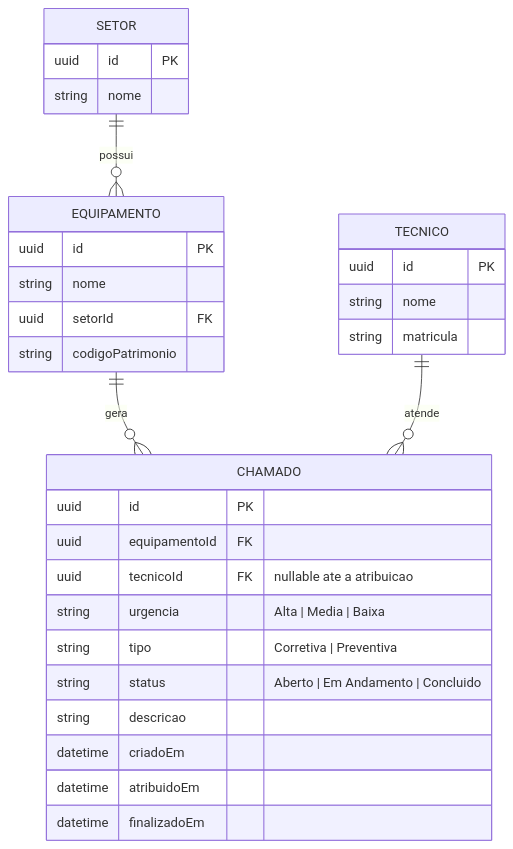
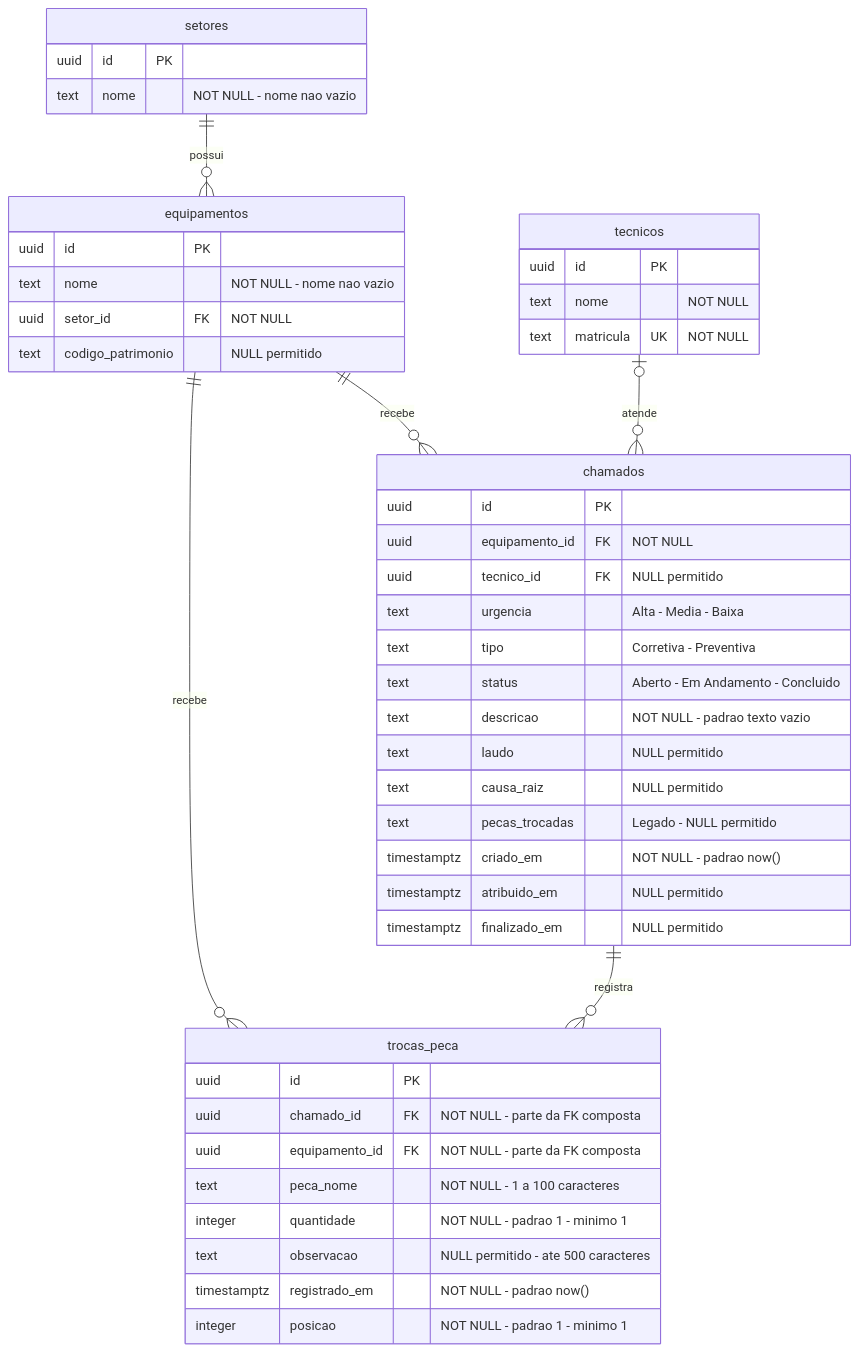
The diagram in docs/DER/DER.md (CapJao/Helpdesk-industria), drawn with Mermaid before and after one commit. The commit also changed other lines of this file and 2 other files, not shown here.

````diff
--- a/docs/DER/DER.md
+++ b/docs/DER/DER.md
@@ -5,34 +11,53 @@
 ```mermaid
 erDiagram
-    SETOR ||--o{ EQUIPAMENTO : possui
-    EQUIPAMENTO ||--o{ CHAMADO : gera
-    TECNICO ||--o{ CHAMADO : atende
+    setores ||--o{ equipamentos : possui
+    equipamentos ||--o{ chamados : recebe
+    tecnicos |o--o{ chamados : atende
+    chamados ||--o{ trocas_peca : registra
+    equipamentos ||--o{ trocas_peca : recebe
 
-    SETOR {
+    setores {
         uuid id PK
-        string nome
+        text nome "NOT NULL - nome nao vazio"
     }
-    EQUIPAMENTO {
+
+    equipamentos {
         uuid id PK
-        string nome
-        uuid setorId FK
-        string codigoPatrimonio
+        text nome "NOT NULL - nome nao vazio"
+        uuid setor_id FK "NOT NULL"
+        text codigo_patrimonio "NULL permitido"
     }
-    TECNICO {
+
+    tecnicos {
         uuid id PK
-        string nome
-        string matricula
+        text nome "NOT NULL"
+        text matricula UK "NOT NULL"
     }
-    CHAMADO {
+
+    chamados {
         uuid id PK
-        uuid equipamentoId FK
-        uuid tecnicoId FK "nullable ate a atribuicao"
-        string urgencia "Alta | Media | Baixa"
-        string tipo "Corretiva | Preventiva"
-        string status "Aberto | Em Andamento | Concluido"
-        string descricao
-        datetime criadoEm
-        datetime atribuidoEm
-        datetime finalizadoEm
+        uuid equipamento_id FK "NOT NULL"
+        uuid tecnico_id FK "NULL permitido"
+        text urgencia "Alta - Media - Baixa"
+        text tipo "Corretiva - Preventiva"
+        text status "Aberto - Em Andamento - Concluido"
+        text descricao "NOT NULL - padrao texto vazio"
+        text laudo "NULL permitido"
+        text causa_raiz "NULL permitido"
+        text pecas_trocadas "Legado - NULL permitido"
+        timestamptz criado_em "NOT NULL - padrao now()"
+        timestamptz atribuido_em "NULL permitido"
+        timestamptz finalizado_em "NULL permitido"
+    }
+
+    trocas_peca {
+        uuid id PK
+        uuid chamado_id FK "NOT NULL - parte da FK composta"
+        uuid equipamento_id FK "NOT NULL - parte da FK composta"
+        text peca_nome "NOT NULL - 1 a 100 caracteres"
+        integer quantidade "NOT NULL - padrao 1 - minimo 1"
+        text observacao "NULL permitido - ate 500 caracteres"
+        timestamptz registrado_em "NOT NULL - padrao now()"
+        integer posicao "NOT NULL - padrao 1 - minimo 1"
     }
 ```
````
